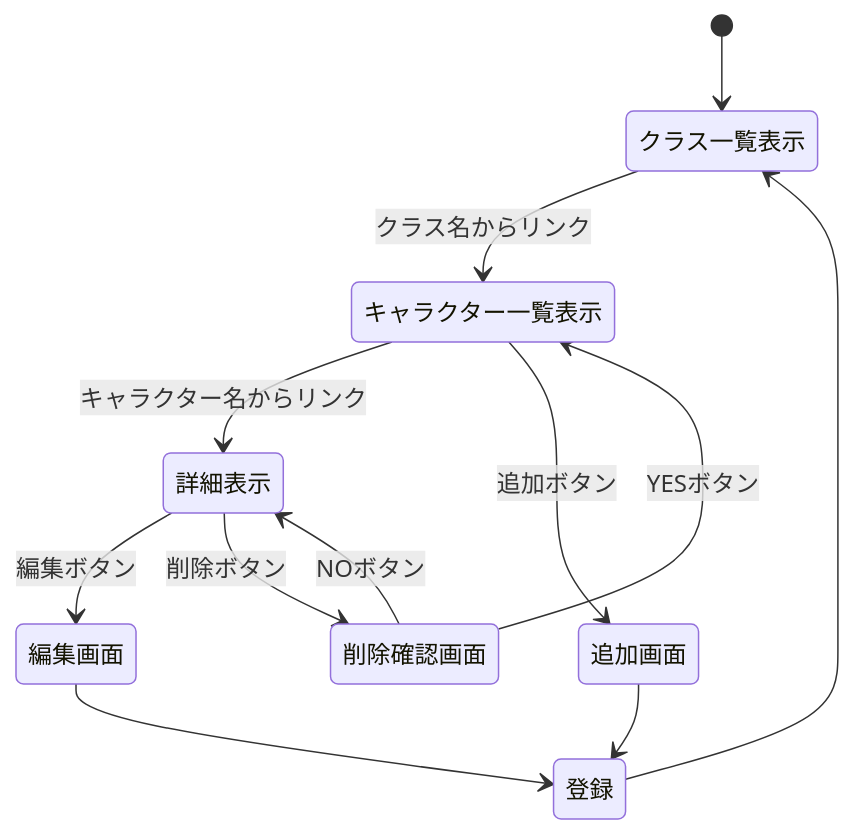
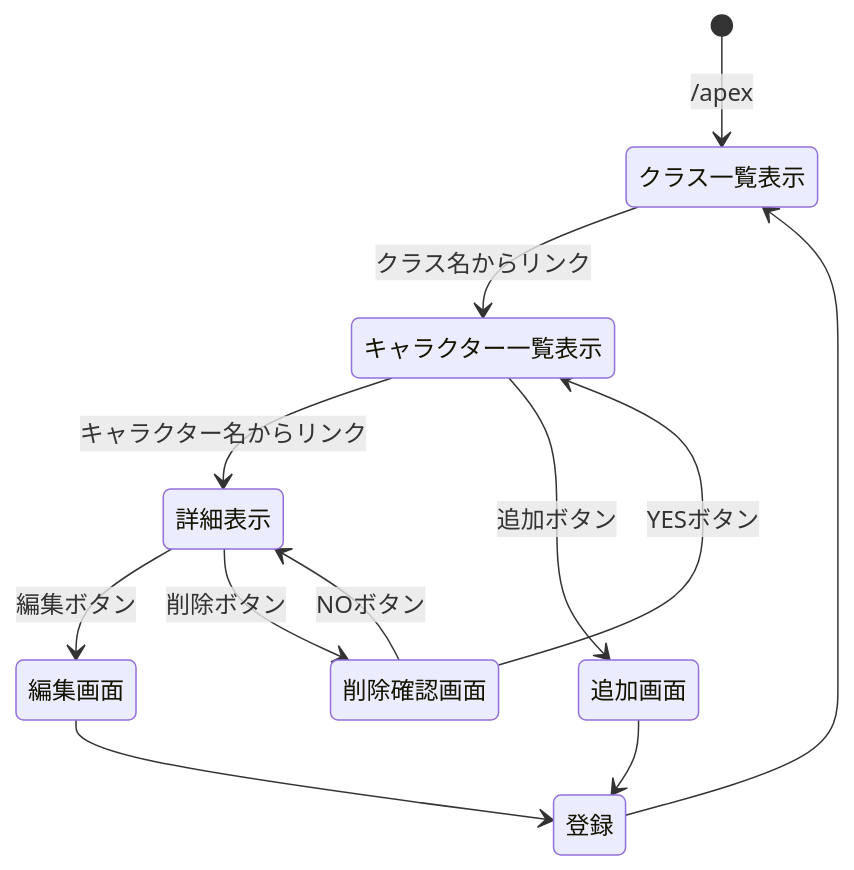
Before and after one commit to 25G1099/25G1099_webpro_06: the diagram in spec.md, drawn with Mermaid. The commit also changed 5 other files, not shown here.

````diff
--- a/spec.md
+++ b/spec.md
@@ -3,16 +3,16 @@
 ```mermaid
 stateDiagram-v2
-    [*] --> クラス一覧表示
+    [*] --> クラス一覧表示:/apex
    クラス一覧表示 --> キャラクター一覧表示: クラス名からリンク
    キャラクター一覧表示 -->　詳細表示: キャラクター名からリンク 
    
     詳細表示 --> 編集画面: 編集ボタン
     編集画面 --> 登録
     登録 --> クラス一覧表示
     キャラクター一覧表示 --> 追加画面: 追加ボタン
     追加画面 --> 登録
 
     詳細表示 --> 削除確認画面: 削除ボタン
     削除確認画面 --> キャラクター一覧表示: YESボタン
     削除確認画面 --> 詳細表示: NOボタン
 ```
````
